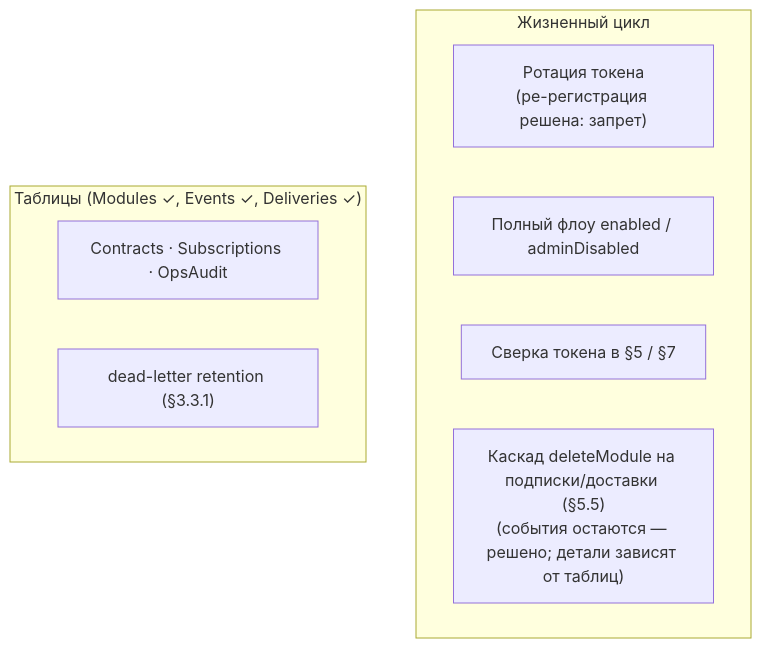
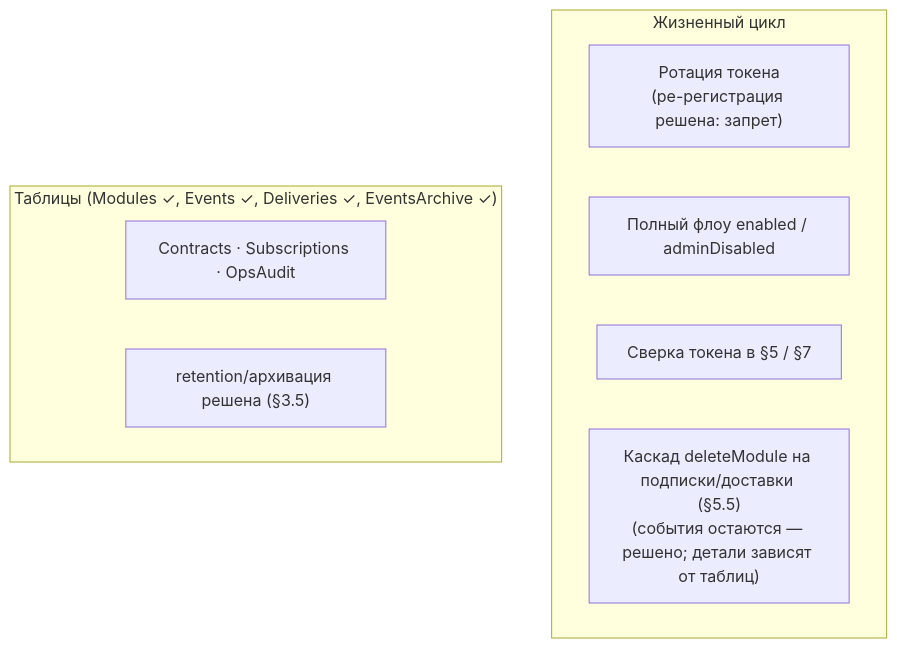
Before and after one commit to andrey-khudoley/Chatium: the seventh of 7 diagrams in s.chtm.khudoley.pro/p/units/aley/bpm/core/docs/spec/spec-map.md, drawn with Mermaid. The commit also changed other lines of this file and 1 other file, not shown here.

First line of the commit message:
docs(bpm-core): уточнена спецификация и решены архитектурные вопросы retention

````diff
--- a/s.chtm.khudoley.pro/p/units/aley/bpm/core/docs/spec/spec-map.md
+++ b/s.chtm.khudoley.pro/p/units/aley/bpm/core/docs/spec/spec-map.md
@@ -190,13 +199,13 @@
 ```mermaid
 flowchart TB
   subgraph LIFE["Жизненный цикл"]
     B1["Ротация токена<br/>(ре-регистрация решена: запрет)"]
     B2["Полный флоу enabled / adminDisabled"]
     B3["Сверка токена в §5 / §7"]
     B4["Каскад deleteModule на подписки/доставки (§5.5)<br/>(события остаются — решено; детали зависят от таблиц)"]
   end
-  subgraph TBL["Таблицы (Modules ✓, Events ✓, Deliveries ✓)"]
+  subgraph TBL["Таблицы (Modules ✓, Events ✓, Deliveries ✓, EventsArchive ✓)"]
     C1["Contracts · Subscriptions · OpsAudit"]
-    C2["dead-letter retention (§3.3.1)"]
+    C2["retention/архивация решена (§3.5)"]
   end
 ```
````
